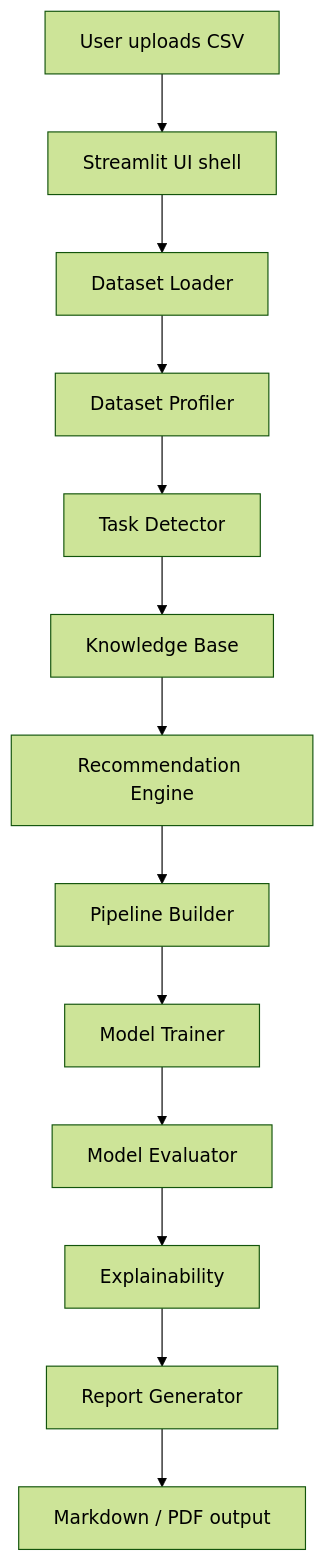
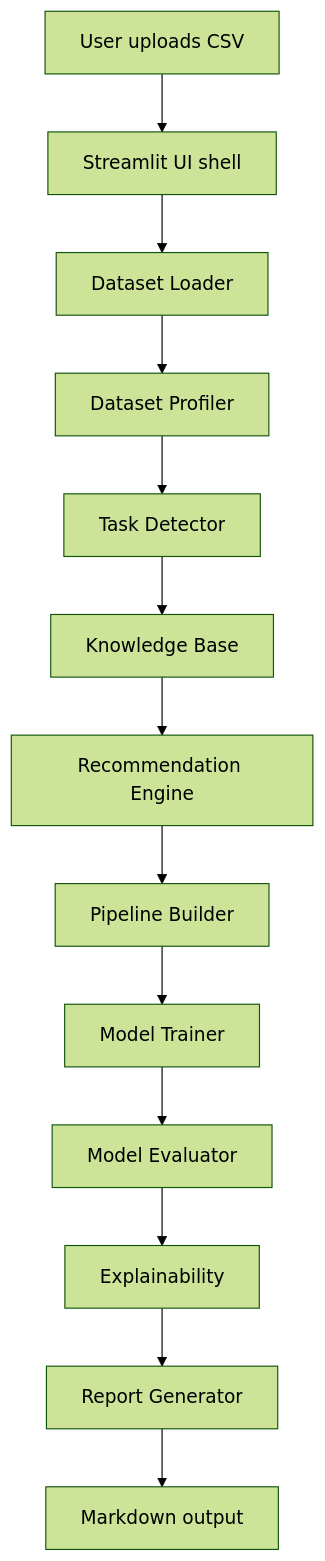
The first of 2 diagrams in PROJECT_TECHNICAL_DOCUMENTATION.md (JanakaAlwis/ML-Pipeline-Recommender), drawn with Mermaid (forest theme) before and after one commit. The commit also changed other lines of this file and 2 other files, not shown here.

````diff
--- a/PROJECT_TECHNICAL_DOCUMENTATION.md
+++ b/PROJECT_TECHNICAL_DOCUMENTATION.md
@@ -54,15 +54,15 @@
 ```mermaid
 flowchart TD
     U[User uploads CSV] --> A[Streamlit UI shell]
     A --> B[Dataset Loader]
     B --> C[Dataset Profiler]
     C --> D[Task Detector]
     D --> E[Knowledge Base]
     E --> F[Recommendation Engine]
     F --> G[Pipeline Builder]
     G --> H[Model Trainer]
     H --> I[Model Evaluator]
     I --> J[Explainability]
     J --> K[Report Generator]
-    K --> L[Markdown / PDF output]
+    K --> L[Markdown output]
 ```
````
